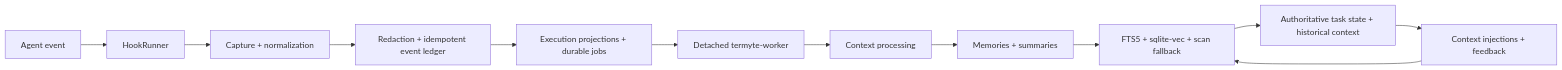
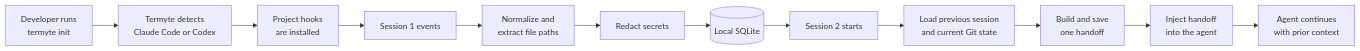
One commit to termyte-labs/termyte changed the first of 4 diagrams in OVERVIEW.md. Above: the diagram before and after it, drawn with Mermaid. The commit also changed other lines of this file and 2 other files, not shown here.

Commit message:
fix: simplify command execution in Claude Code and Codex hook installers

````diff
--- a/OVERVIEW.md
+++ b/OVERVIEW.md
@@ -23,14 +9,14 @@
 ```mermaid
 flowchart LR
-  A[Agent event] --> B[HookRunner]
-  B --> C[Capture + normalization]
-  C --> D[Redaction + idempotent event ledger]
-  D --> E[Execution projections + durable jobs]
-  E --> F[Detached termyte-worker]
-  F --> G[Context processing]
-  G --> H[Memories + summaries]
-  H --> I[FTS5 + sqlite-vec + scan fallback]
-  I --> J[Authoritative task state + historical context]
-  J --> K[Context injections + feedback]
-  K --> I
+  A[Developer runs<br/>termyte init] --> B[Termyte detects<br/>Claude Code or Codex]
+  B --> C[Project hooks<br/>are installed]
+  C --> D[Session 1 events]
+  D --> E[Normalize and<br/>extract file paths]
+  E --> F[Redact secrets]
+  F --> G[(Local SQLite)]
+  G --> H[Session 2 starts]
+  H --> I[Load previous session<br/>and current Git state]
+  I --> J[Build and save<br/>one handoff]
+  J --> K[Inject handoff<br/>into the agent]
+  K --> L[Agent continues<br/>with prior context]
 ```
````
